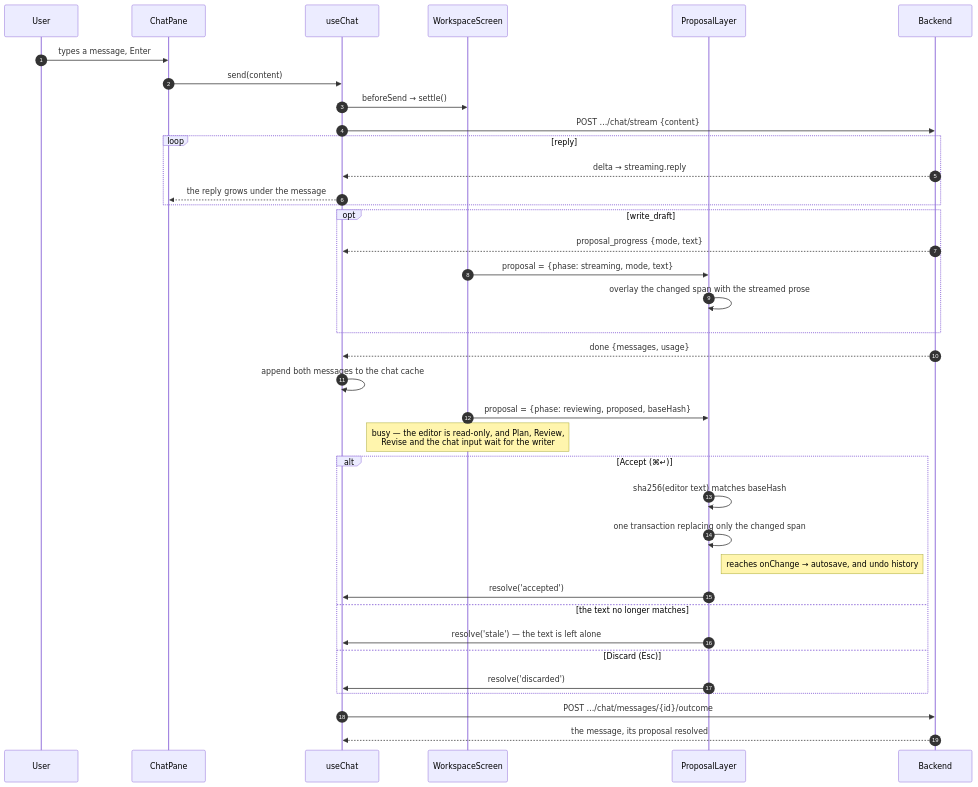
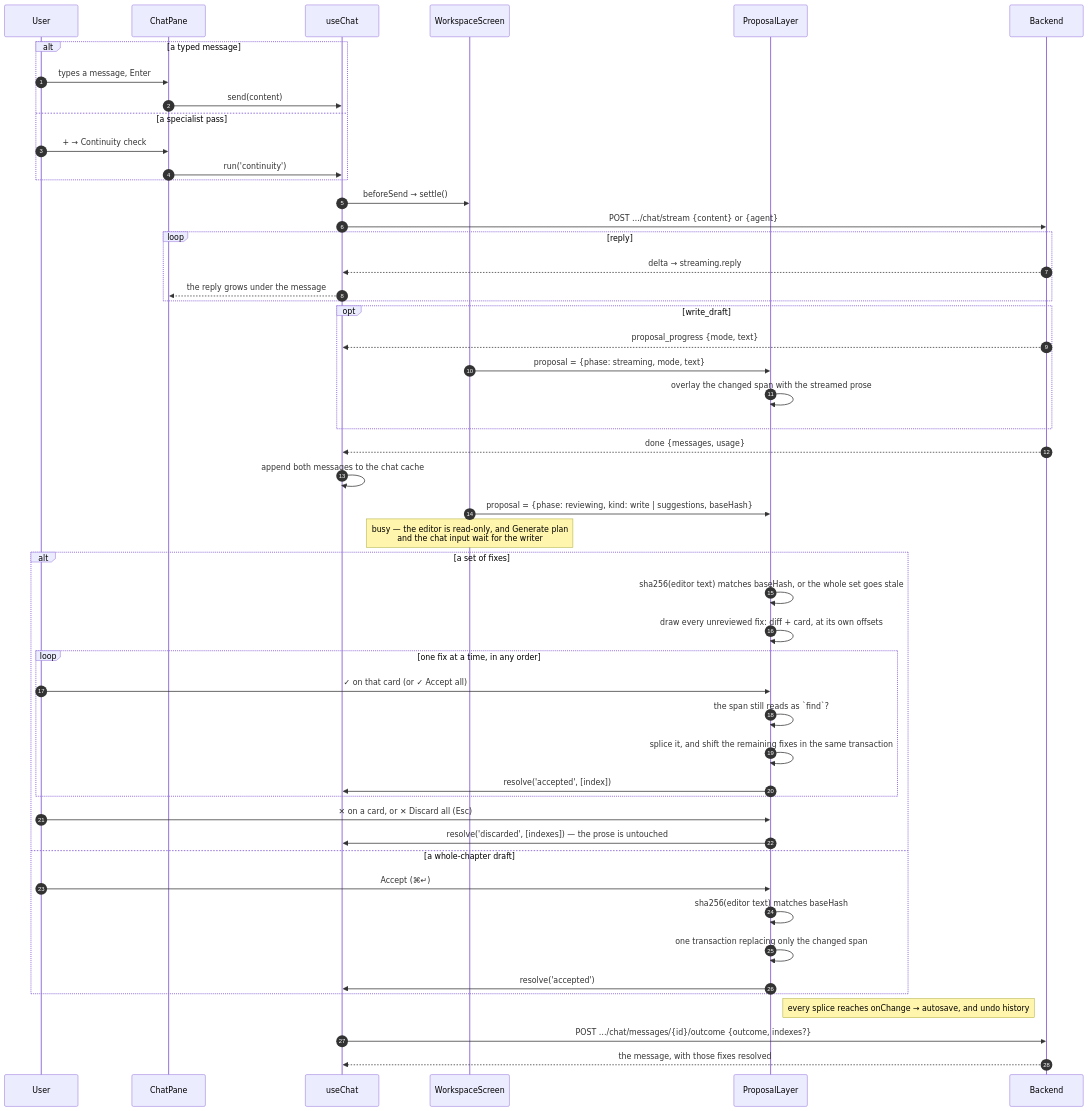
Before and after one commit to Akazz-L/maya: the fifth of 6 diagrams in docs/diagrams/05-frontend-flows.md, drawn with Mermaid. The commit also changed other lines of this file and 60 other files, not shown here.

Commit message:
feat: Review passes in the chat, with fixes accepted one at a time (#20)

````diff
--- a/docs/diagrams/05-frontend-flows.md
+++ b/docs/diagrams/05-frontend-flows.md
@@ -150,41 +150,54 @@
 ```mermaid
 sequenceDiagram
     autonumber
     participant U as User
     participant CP as ChatPane
     participant CH as useChat
     participant WS as WorkspaceScreen
     participant PL as ProposalLayer
     participant BE as Backend
 
-    U->>CP: types a message, Enter
-    CP->>CH: send(content)
+    alt a typed message
+        U->>CP: types a message, Enter
+        CP->>CH: send(content)
+    else a specialist pass
+        U->>CP: + → Continuity check
+        CP->>CH: run('continuity')
+    end
     CH->>WS: beforeSend → settle()
-    CH->>BE: POST …/chat/stream {content}
+    CH->>BE: POST …/chat/stream {content} or {agent}
     loop reply
         BE-->>CH: delta → streaming.reply
         CH-->>CP: the reply grows under the message
     end
     opt write_draft
         BE-->>CH: proposal_progress {mode, text}
         WS->>PL: proposal = {phase: streaming, mode, text}
         PL->>PL: overlay the changed span with the streamed prose
     end
     BE-->>CH: done {messages, usage}
     CH->>CH: append both messages to the chat cache
-    WS->>PL: proposal = {phase: reviewing, proposed, baseHash}
-    Note over WS: busy — the editor is read-only, and Plan, Review,<br/>Revise and the chat input wait for the writer
+    WS->>PL: proposal = {phase: reviewing, kind: write | suggestions, baseHash}
+    Note over WS: busy — the editor is read-only, and Generate plan<br/>and the chat input wait for the writer
 
-    alt Accept (⌘↵)
+    alt a set of fixes
+        PL->>PL: sha256(editor text) matches baseHash, or the whole set goes stale
+        PL->>PL: draw every unreviewed fix: diff + card, at its own offsets
+        loop one fix at a time, in any order
+            U->>PL: ✓ on that card (or ✓ Accept all)
+            PL->>PL: the span still reads as `find`?
+            PL->>PL: splice it, and shift the remaining fixes in the same transaction
+            PL->>CH: resolve('accepted', [index])
+        end
+        U->>PL: ✕ on a card, or ✕ Discard all (Esc)
+        PL->>CH: resolve('discarded', [indexes]) — the prose is untouched
+    else a whole-chapter draft
+        U->>PL: Accept (⌘↵)
         PL->>PL: sha256(editor text) matches baseHash
         PL->>PL: one transaction replacing only the changed span
-        Note right of PL: reaches onChange → autosave, and undo history
         PL->>CH: resolve('accepted')
-    else the text no longer matches
-        PL->>CH: resolve('stale') — the text is left alone
-    else Discard (Esc)
-        PL->>CH: resolve('discarded')
     end
-    CH->>BE: POST …/chat/messages/{id}/outcome
-    BE-->>CH: the message, its proposal resolved
+    Note right of PL: every splice reaches onChange → autosave, and undo history
+    CH->>BE: POST …/chat/messages/{id}/outcome {outcome, indexes?}
+    BE-->>CH: the message, with those fixes resolved
 ```
````
